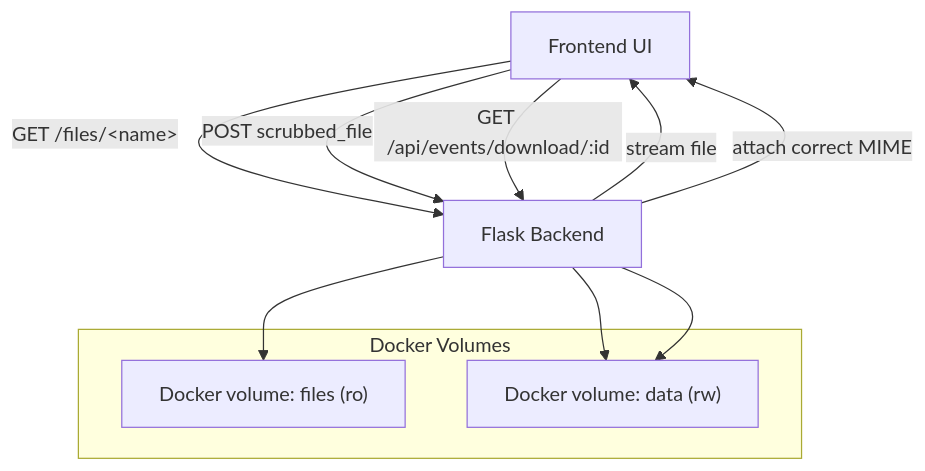
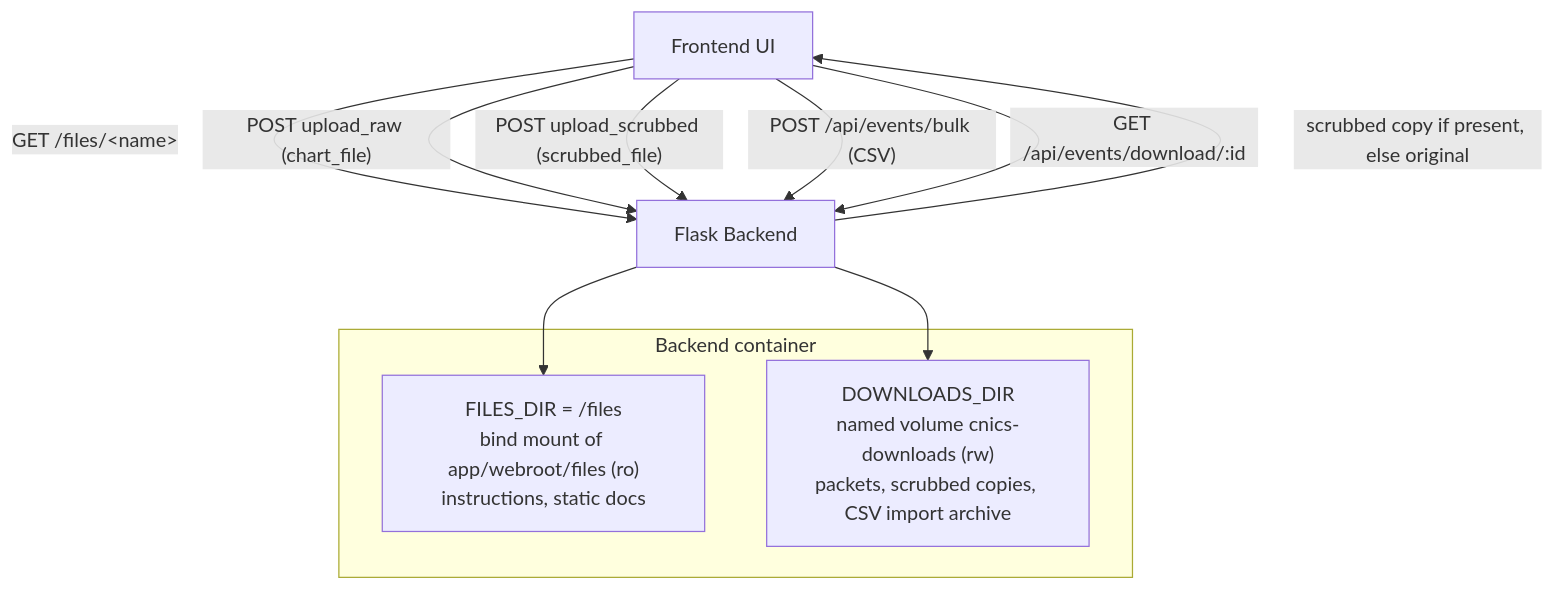
One commit to uwcirg/cnics-validation changed the second of 2 diagrams in docs/WORKFLOW.md. Above: the diagram before and after it, drawn with Mermaid. The commit also changed other lines of this file and 2 other files, not shown here.

````diff
--- a/docs/WORKFLOW.md
+++ b/docs/WORKFLOW.md
@@ -56,20 +98,20 @@
 ```mermaid
 graph TB
-  subgraph "Docker Volumes"
-    FDIR["Docker volume: files (ro)"]
-    DDIR["Docker volume: data (rw)"]
+  subgraph "Backend container"
+    FDIR["FILES_DIR = /files<br/>bind mount of app/webroot/files (ro)<br/>instructions, static docs"]
+    DDIR["DOWNLOADS_DIR<br/>named volume cnics-downloads (rw)<br/>packets, scrubbed copies, CSV import archive"]
   end
 
   AUI[Frontend UI]
   BE[Flask Backend]
 
-  AUI -- GET /files/&lt;name&gt; --> BE
+  AUI -- "GET /files/&lt;name&gt;" --> BE
   BE --> FDIR
-  BE -- stream file --> AUI
 
-  AUI -- POST scrubbed_file --> BE
+  AUI -- "POST upload_raw (chart_file)" --> BE
+  AUI -- "POST upload_scrubbed (scrubbed_file)" --> BE
+  AUI -- "POST /api/events/bulk (CSV)" --> BE
   BE --> DDIR
-  AUI -- GET /api/events/download/:id --> BE
-  BE --> DDIR
-  BE -- attach correct MIME --> AUI
+  AUI -- "GET /api/events/download/:id" --> BE
+  BE -- "scrubbed copy if present, else original" --> AUI
 ```
````
